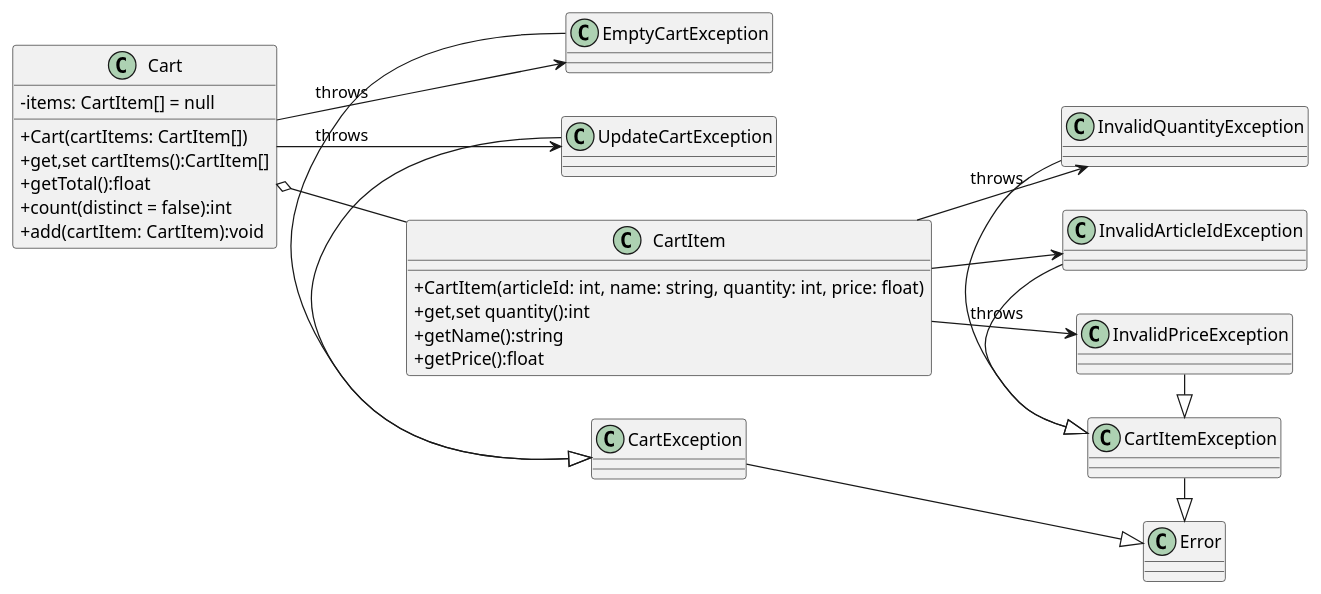
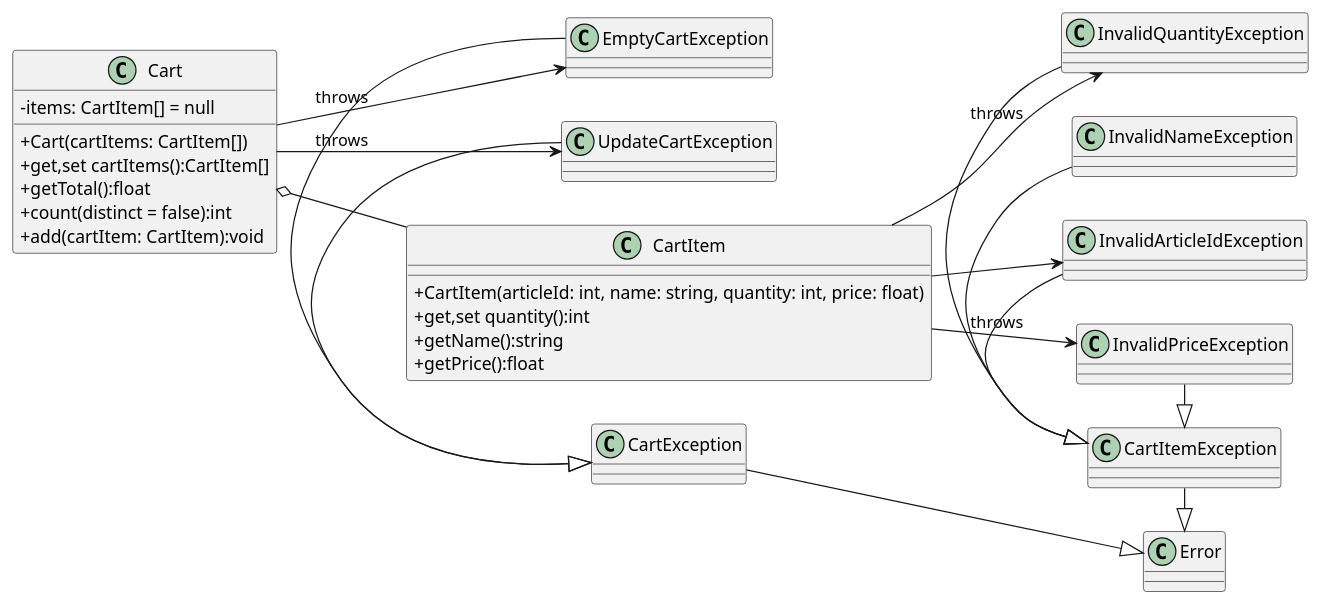
The diagram in docs/diagramClass.wsd (NathanChauveau/Shopping), drawn with PlantUML before and after one commit.

Commit message:
docs: update diagram

```diff
--- a/docs/diagramClass.wsd
+++ b/docs/diagramClass.wsd
@@ -1,49 +1,51 @@
 @startuml
 
 left to right direction
 skinparam classAttributeIconSize 0
 
 'Classes declaration
 class CartItem{
    +CartItem(articleId: int, name: string, quantity: int, price: float)
    +get,set quantity():int
    +getName():string
    +getPrice():float
 }
 class Cart{
     -items: CartItem[] = null
     +Cart(cartItems: CartItem[])
     +get,set cartItems():CartItem[]
     +getTotal():float
     +count(distinct = false):int
     +add(cartItem: CartItem):void
 }
 
 
 class Error{}
 class CartItemException{}
 class InvalidArticleIdException{}
 class InvalidQuantityException{}
 class InvalidPriceException{}
+class InvalidNameException{}
 class EmptyCartException{}
 class UpdateCartException{}
 class CartException{}
 
 'Relations
 CartItem --> InvalidArticleIdException
 CartItem --> InvalidQuantityException : throws
 CartItem --> InvalidPriceException : throws
 Cart --> EmptyCartException : throws
 Cart --> UpdateCartException : throws
 Cart o-- CartItem
 
 'Exception inheritance
 InvalidArticleIdException -|> CartItemException
 InvalidPriceException -|> CartItemException
 InvalidQuantityException -|> CartItemException
+InvalidNameException -|> CartItemException
 CartItemException -|> Error
 EmptyCartException -|> CartException
 UpdateCartException -|> CartException
 CartException -|> Error
 
 @enduml
```
